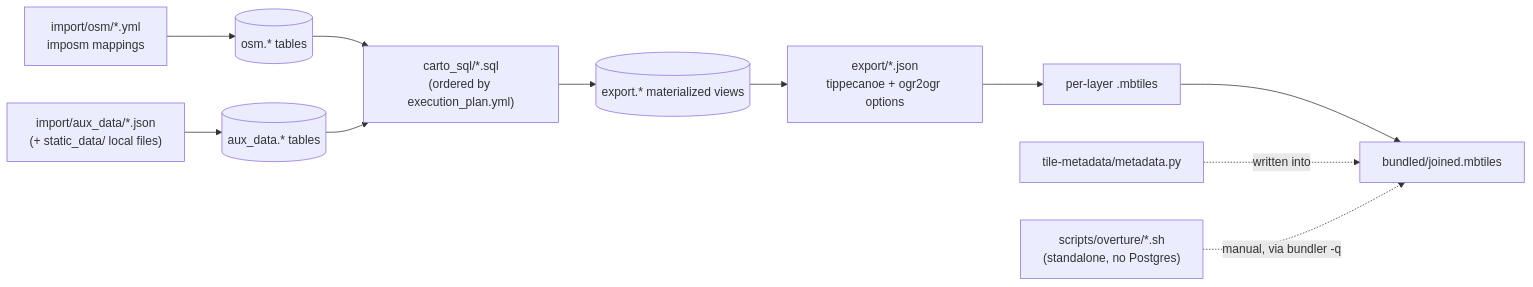
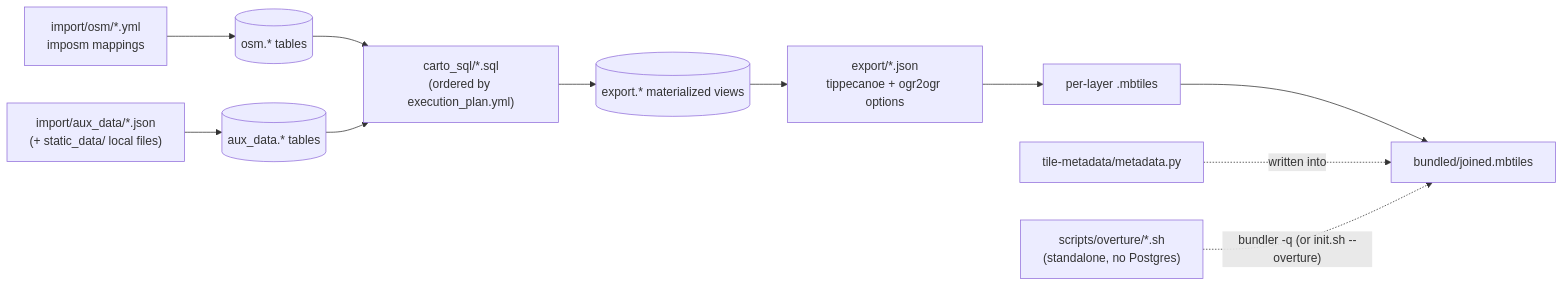
Before and after one commit to ReleasableBasemapTiles/abt: the diagram in rbt-schema/README.md, drawn with Mermaid. The commit also changed other lines of this file and 5 other files, not shown here.

````diff
--- a/rbt-schema/README.md
+++ b/rbt-schema/README.md
@@ -54,13 +54,13 @@
 ```mermaid
 flowchart LR
     osmYml["import/osm/*.yml<br/>imposm mappings"] --> osmSchema[("osm.* tables")]
     auxJson["import/aux_data/*.json<br/>(+ static_data/ local files)"] --> auxSchema[("aux_data.* tables")]
     osmSchema --> cartoSql["carto_sql/*.sql<br/>(ordered by execution_plan.yml)"]
     auxSchema --> cartoSql
     cartoSql --> exportSchema[("export.* materialized views")]
     exportSchema --> exportJson["export/*.json<br/>tippecanoe + ogr2ogr options"]
     exportJson --> mbtiles["per-layer .mbtiles"]
     mbtiles --> bundle["bundled/joined.mbtiles"]
     metadataPy["tile-metadata/metadata.py"] -.->|written into| bundle
-    overture["scripts/overture/*.sh<br/>(standalone, no Postgres)"] -.->|manual, via bundler -q| bundle
+    overture["scripts/overture/*.sh<br/>(standalone, no Postgres)"] -.->|"bundler -q (or init.sh --overture)"| bundle
 ```
````
